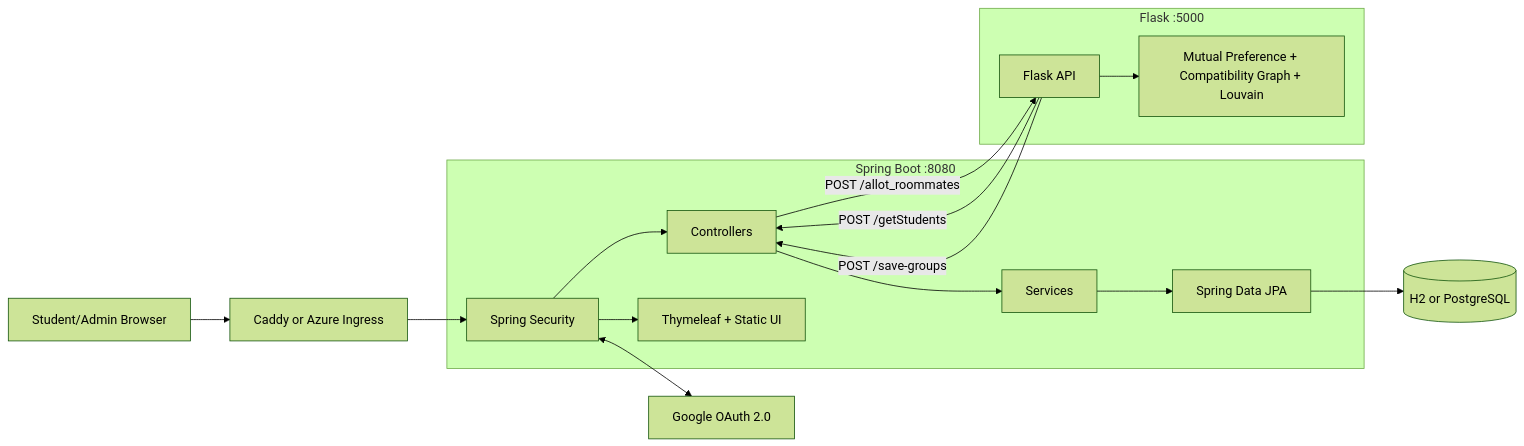
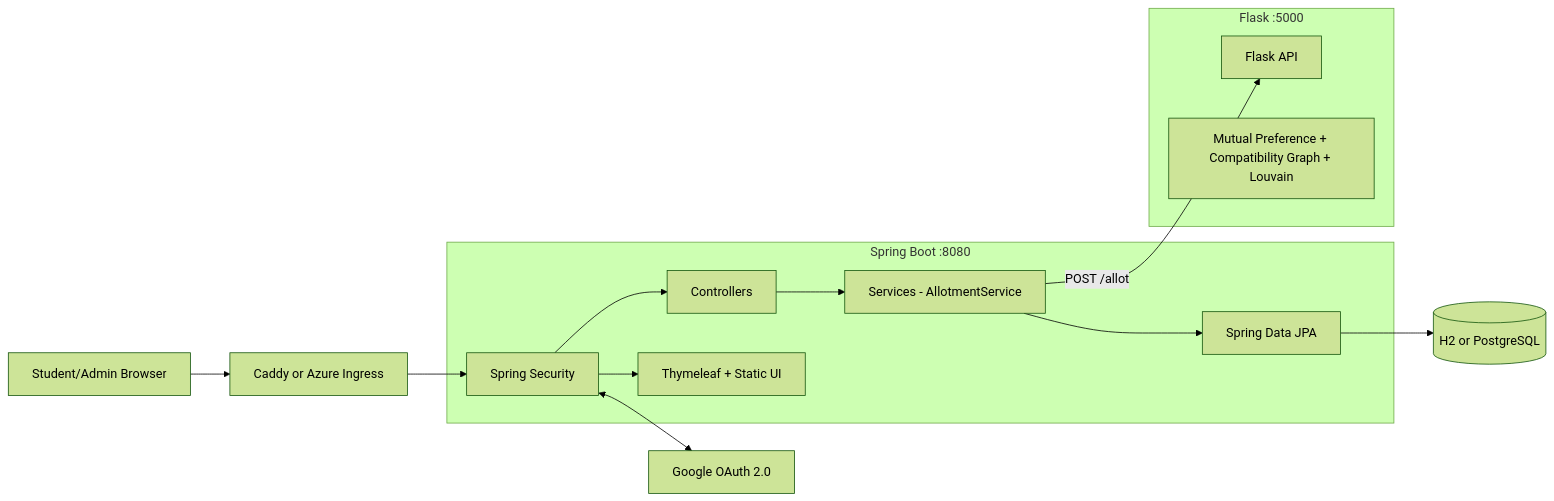
Before and after one commit to Mohit-R-04/StableRoomie: the first of 3 diagrams in readme.md, drawn with Mermaid (forest theme). The commit also changed other lines of this file and 42 other files, not shown here.

````diff
--- a/readme.md
+++ b/readme.md
@@ -151,34 +139,31 @@
 ```mermaid
 flowchart LR
     U[Student/Admin Browser]
     G[Google OAuth 2.0]
     C[Caddy or Azure Ingress]
 
     subgraph JAVA[Spring Boot :8080]
         SEC[Spring Security]
         MVC[Controllers]
-        SVC[Services]
+        SVC[Services - AllotmentService]
         JPA[Spring Data JPA]
         UI[Thymeleaf + Static UI]
     end
 
     subgraph PY[Flask :5000]
         API[Flask API]
         MATCH[Mutual Preference + Compatibility Graph + Louvain]
     end
 
     DB[(H2 or PostgreSQL)]
 
     U --> C
     C --> SEC
     SEC --> UI
     SEC --> MVC
     SEC <--> G
     MVC --> SVC
     SVC --> JPA
     JPA --> DB
-    MVC -->|POST /allot_roommates| API
-    API -->|POST /getStudents| MVC
-    API --> MATCH
-    API -->|POST /save-groups| MVC
+    SVC -->|POST /allot| API
 ```
````
